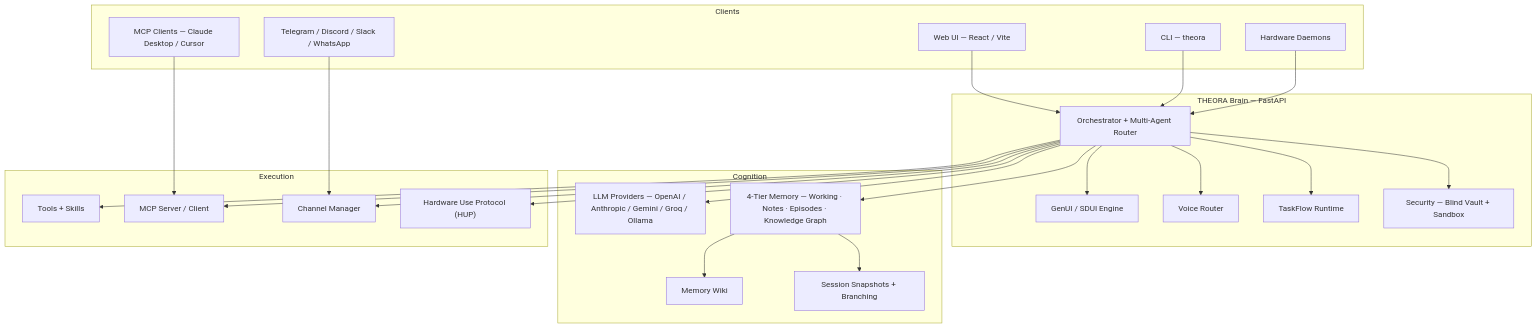
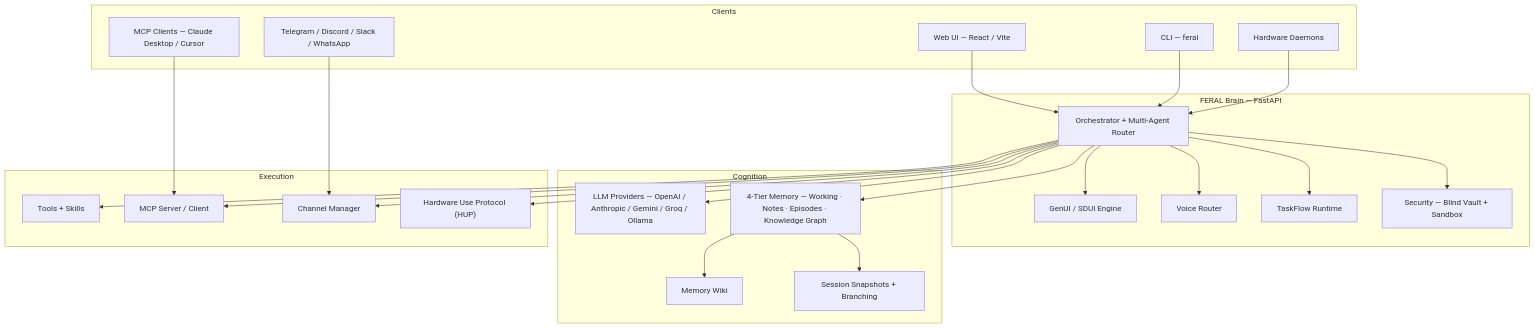
One commit to Spatial-AgenticOS/ASOS changed the diagram in docs/site/docs/architecture.md. Above: the diagram before and after it, drawn with Mermaid. The commit also changed other lines of this file and 550 other files, not shown here.

First line of the commit message:
rebrand: THEORA/ASOS -> FERAL — AI off the leash

````diff
--- a/docs/site/docs/architecture.md
+++ b/docs/site/docs/architecture.md
@@ -14,52 +14,52 @@
 ```mermaid
 flowchart TD
   subgraph Clients
     web["Web UI — React / Vite"]
-    cli["CLI — theora"]
+    cli["CLI — feral"]
     hw["Hardware Daemons"]
     channels["Telegram / Discord / Slack / WhatsApp"]
     mcp_c["MCP Clients — Claude Desktop / Cursor"]
   end
 
-  subgraph Brain["THEORA Brain — FastAPI"]
+  subgraph Brain["FERAL Brain — FastAPI"]
     orch["Orchestrator + Multi-Agent Router"]
     genui["GenUI / SDUI Engine"]
     voice["Voice Router"]
     taskflow["TaskFlow Runtime"]
     security["Security — Blind Vault + Sandbox"]
   end
 
   subgraph Cognition
     llm["LLM Providers — OpenAI / Anthropic / Gemini / Groq / Ollama"]
     mem["4-Tier Memory — Working · Notes · Episodes · Knowledge Graph"]
     wiki["Memory Wiki"]
     sessions["Session Snapshots + Branching"]
   end
 
   subgraph Execution
     tools["Tools + Skills"]
     mcp_s["MCP Server / Client"]
     ch_mgr["Channel Manager"]
     hup["Hardware Use Protocol (HUP)"]
   end
 
   web --> orch
   cli --> orch
   hw --> orch
   channels --> ch_mgr
   mcp_c --> mcp_s
 
   orch --> llm
   orch --> mem
   orch --> genui
   orch --> voice
   orch --> taskflow
   orch --> tools
   orch --> ch_mgr
   orch --> mcp_s
   orch --> hup
   orch --> security
 
   mem --> wiki
   mem --> sessions
 ```
````
